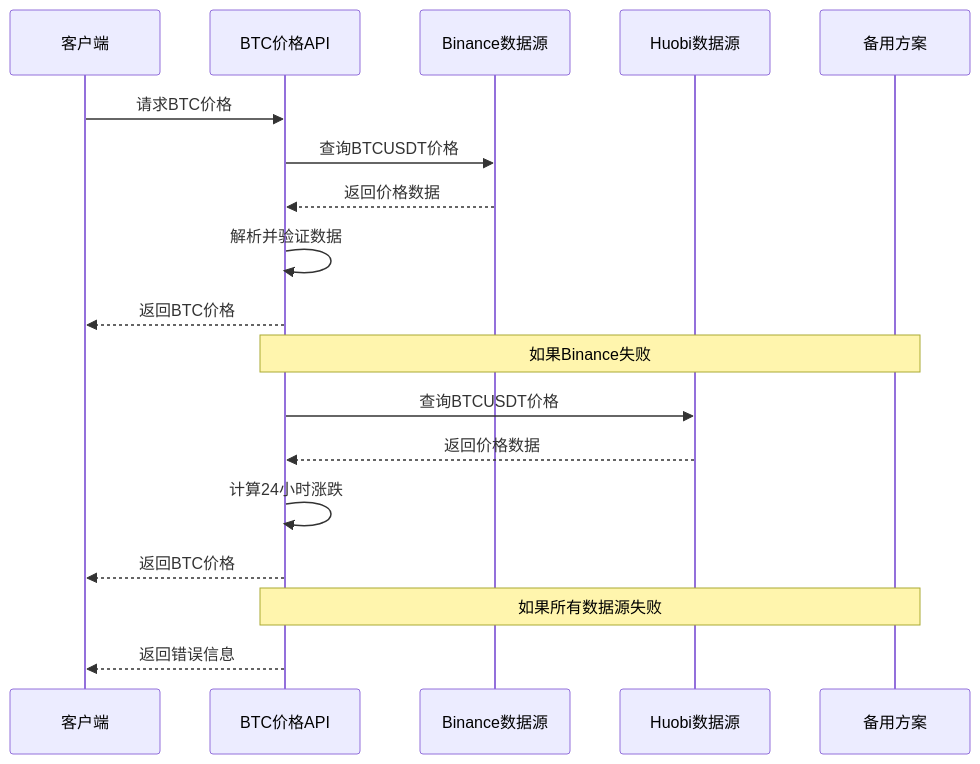
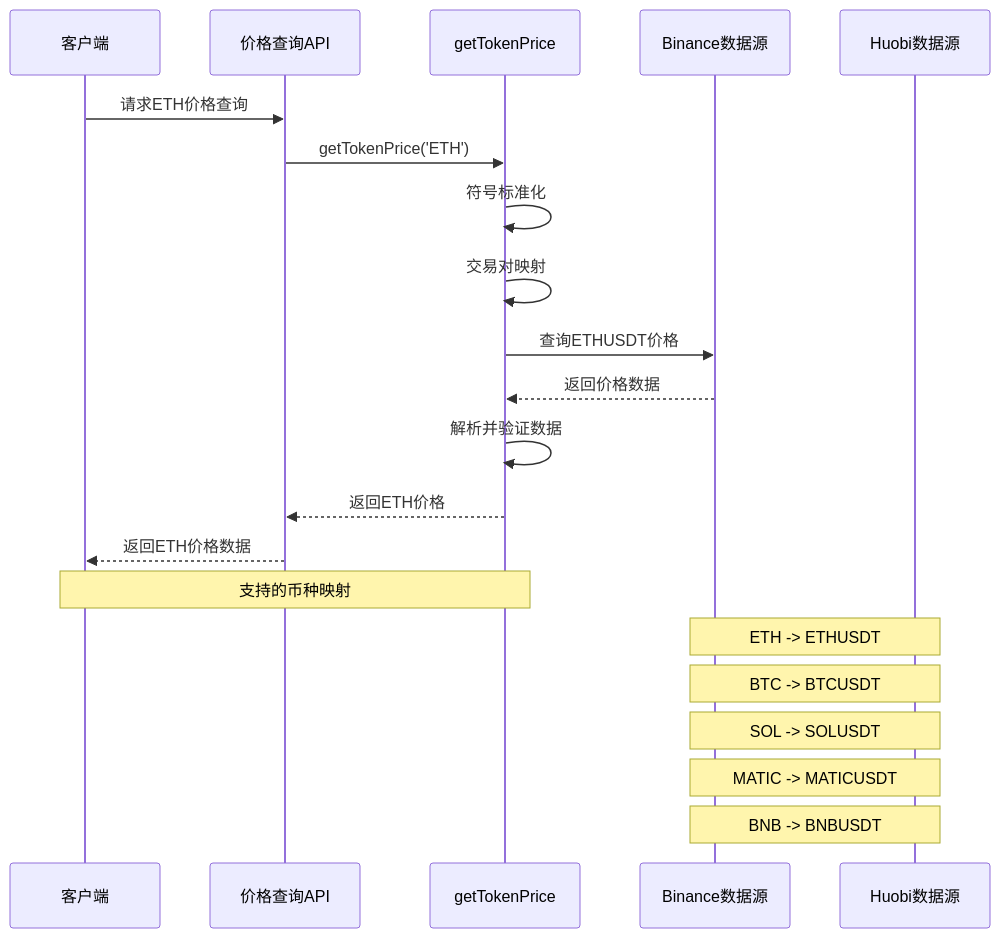
One commit to CryptoLinxu/Web3-AI-Agent changed the fourth of 12 diagrams in .qoder/repowiki/zh/content/Web3工具集成/核心Web3工具实现/BTC价格查询工具.md. Above: the diagram before and after it, drawn with Mermaid. The commit also changed other lines of this file and 9 other files, not shown here.

````diff
--- a/.qoder/repowiki/zh/content/Web3工具集成/核心Web3工具实现/BTC价格查询工具.md
+++ b/.qoder/repowiki/zh/content/Web3工具集成/核心Web3工具实现/BTC价格查询工具.md
@@ -199,20 +218,23 @@
 ```mermaid
 sequenceDiagram
 participant Client as 客户端
-participant API as BTC价格API
+participant API as 价格查询API
+participant getTokenPrice as getTokenPrice
 participant Binance as Binance数据源
 participant Huobi as Huobi数据源
-participant Fallback as 备用方案
-Client->>API : 请求BTC价格
-API->>Binance : 查询BTCUSDT价格
-Binance-->>API : 返回价格数据
-API->>API : 解析并验证数据
-API-->>Client : 返回BTC价格
-Note over API,Fallback : 如果Binance失败
-API->>Huobi : 查询BTCUSDT价格
-Huobi-->>API : 返回价格数据
-API->>API : 计算24小时涨跌
-API-->>Client : 返回BTC价格
-Note over API,Fallback : 如果所有数据源失败
-API-->>Client : 返回错误信息
+Client->>API : 请求ETH价格查询
+API->>getTokenPrice : getTokenPrice('ETH')
+getTokenPrice->>getTokenPrice : 符号标准化
+getTokenPrice->>getTokenPrice : 交易对映射
+getTokenPrice->>Binance : 查询ETHUSDT价格
+Binance-->>getTokenPrice : 返回价格数据
+getTokenPrice->>getTokenPrice : 解析并验证数据
+getTokenPrice-->>API : 返回ETH价格
+API-->>Client : 返回ETH价格数据
+Note over Client,getTokenPrice : 支持的币种映射
+Note over Binance,Huobi : ETH -> ETHUSDT
+Note over Binance,Huobi : BTC -> BTCUSDT
+Note over Binance,Huobi : SOL -> SOLUSDT
+Note over Binance,Huobi : MATIC -> MATICUSDT
+Note over Binance,Huobi : BNB -> BNBUSDT
 ```
````
